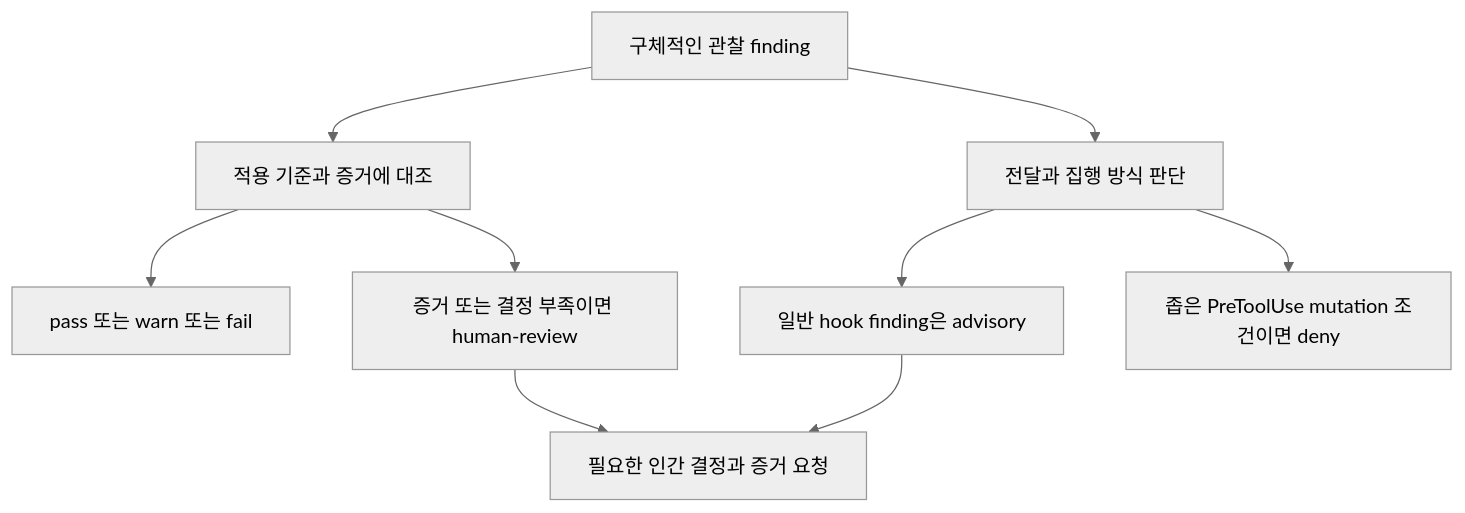
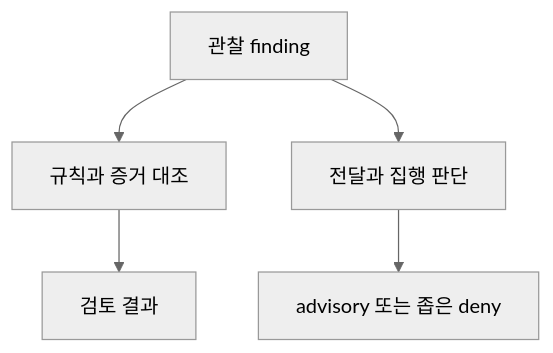
One commit to insung/spec-it changed the diagram in docs/terminology.md. Above: the diagram before and after it, drawn with Mermaid (neutral theme).

Commit message:
docs(workflow-guide): 좁은 화면의 용어 다이어그램 간소화

````diff
--- a/docs/terminology.md
+++ b/docs/terminology.md
@@ -47,11 +47,7 @@
 ```mermaid
 flowchart TD
-    A[구체적인 관찰 finding] --> B[적용 기준과 증거에 대조]
-    B --> C[pass 또는 warn 또는 fail]
-    B --> D[증거 또는 결정 부족이면 human-review]
-    A --> E[전달과 집행 방식 판단]
-    E --> F[일반 hook finding은 advisory]
-    E --> G[좁은 PreToolUse mutation 조건이면 deny]
-    D --> H[필요한 인간 결정과 증거 요청]
-    F --> H
+    A[관찰 finding] --> B[규칙과 증거 대조]
+    B --> C[검토 결과]
+    A --> D[전달과 집행 판단]
+    D --> E[advisory 또는 좁은 deny]
 ```
````
